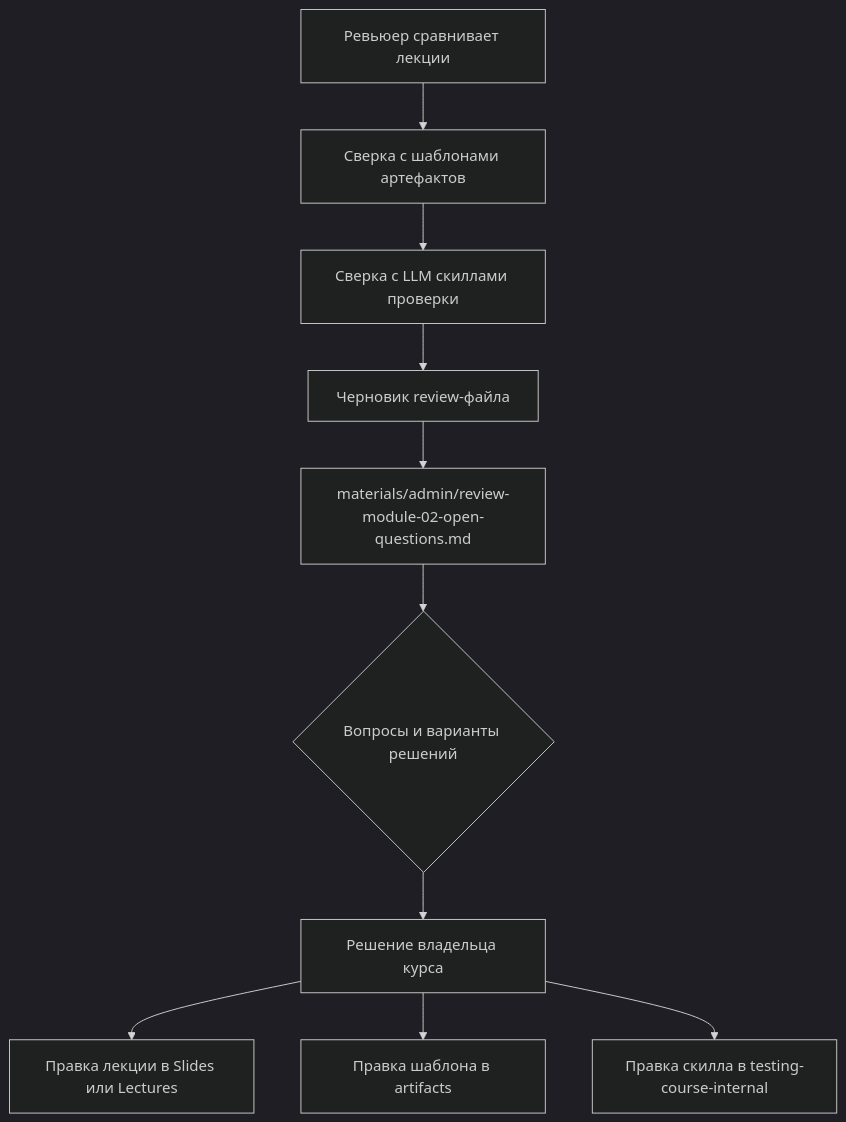
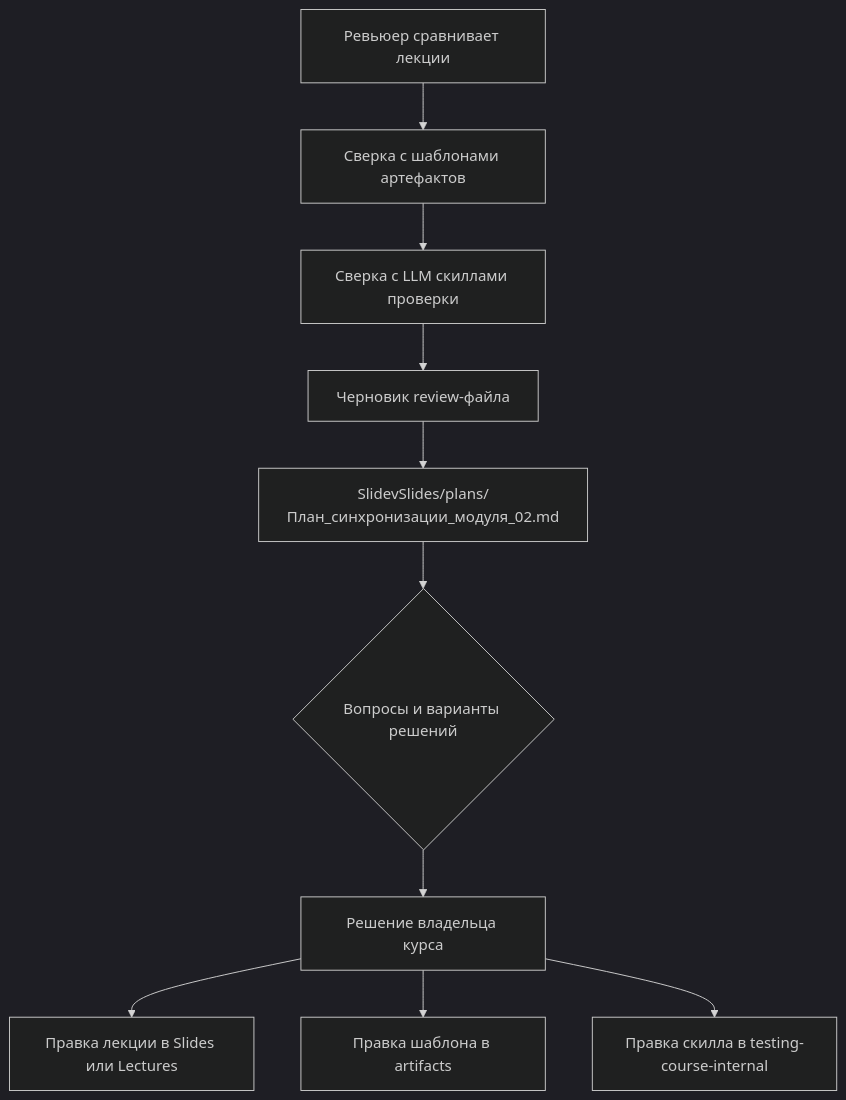
One commit to LektonSoftwareTestingCourse/Lectures changed the third of 3 diagrams in .agents/docs/03_DATA_FLOW.md. Above: the diagram before and after it, drawn with Mermaid (dark theme). The commit also changed other lines of this file and 8 other files, not shown here.

````diff
--- a/.agents/docs/03_DATA_FLOW.md
+++ b/.agents/docs/03_DATA_FLOW.md
@@ -82,12 +82,12 @@
 ```mermaid
 flowchart TD
     C1[Ревьюер сравнивает лекции] --> C2[Сверка с шаблонами артефактов]
     C2 --> C3[Сверка с LLM скиллами проверки]
     C3 --> C4[Черновик review-файла]
-    C4 --> C5[materials/admin/review-module-02-open-questions.md]
+    C4 --> C5[SlidevSlides/plans/План_синхронизации_модуля_02.md]
     C5 --> C6{Вопросы и варианты решений}
     C6 --> C7[Решение владельца курса]
     C7 --> C8[Правка лекции в Slides или Lectures]
     C7 --> C9[Правка шаблона в artifacts]
     C7 --> C10[Правка скилла в testing-course-internal]
 ```
````
